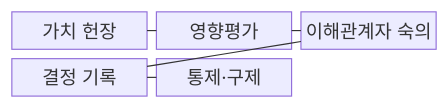
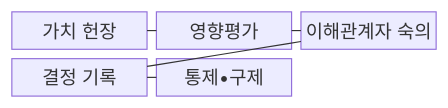
One commit to agnusdei1207/knowledge-base changed the first of 2 diagrams in src/content/docs/notes/08-latest-tech/109_ai_ethics.md. Above: the diagram before and after it, drawn with Mermaid. The commit also changed other lines of this file and 953 other files, not shown here.

````diff
--- a/src/content/docs/notes/08-latest-tech/109_ai_ethics.md
+++ b/src/content/docs/notes/08-latest-tech/109_ai_ethics.md
@@ -68,13 +68,13 @@
 ```mermaid
 block-beta
     columns 3
     V["가치 헌장"]
     I["영향평가"]
     D["이해관계자 숙의"]
     R["결정 기록"]
-    C["통제·구제"]
+    C["통제•구제"]
     V --- I
     I --- D
     D --- R
     R --- C
 ```
````
